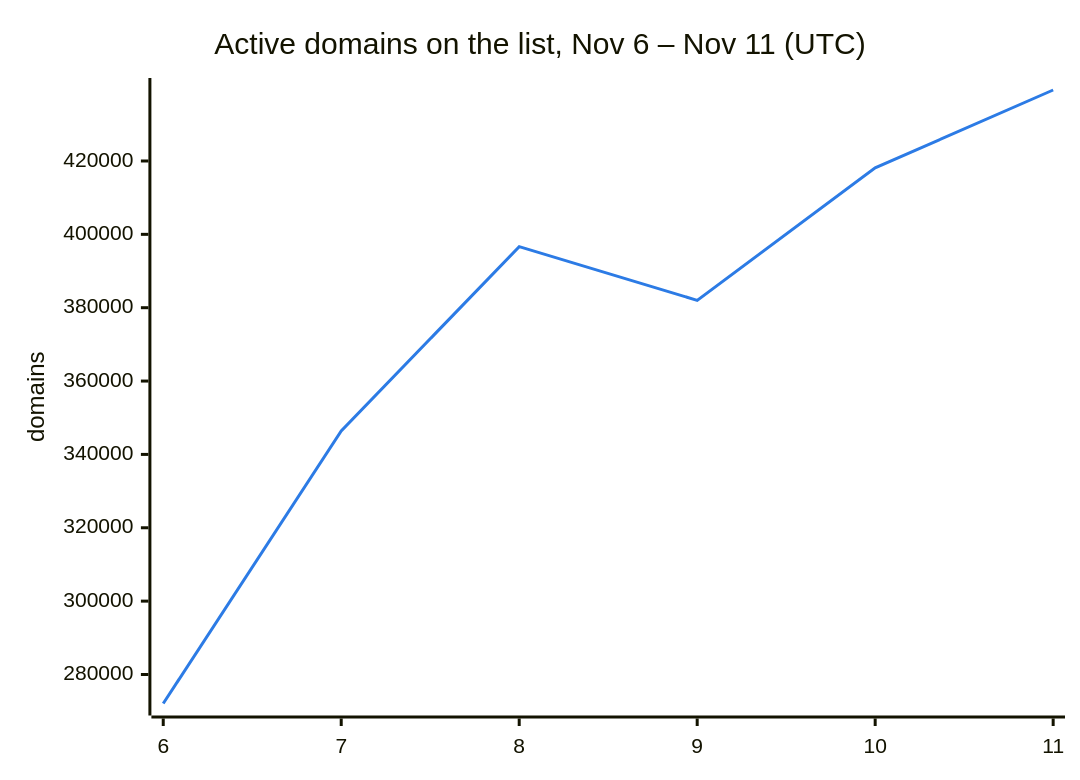
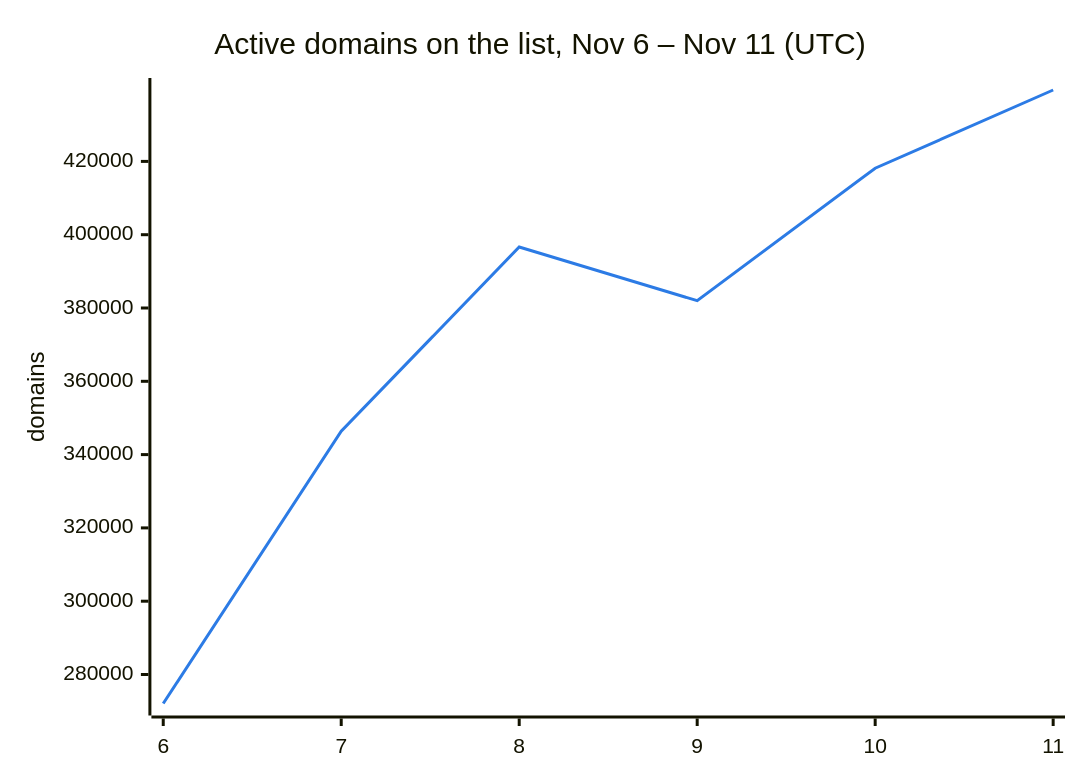
The second of 3 diagrams in README.md (DNSBunker/CTI), drawn with Mermaid before and after one commit. The commit also changed other lines of this file and 3 other files, not shown here.

````diff
--- a/README.md
+++ b/README.md
@@ -38,8 +38,8 @@
 ```mermaid
 %%{init: {"themeVariables": {"xyChart": {"plotColorPalette": "#2c7be5"}}}}%%
 xychart-beta
     title "Active domains on the list, Nov 6 – Nov 11 (UTC)"
     x-axis ["6", "7", "8", "9", "10", "11"]
     y-axis "domains"
-    line [272088, 346388, 396638, 382009, 418143, 439355]
+    line [272088, 346388, 396638, 382009, 418143, 439481]
 ```
````
